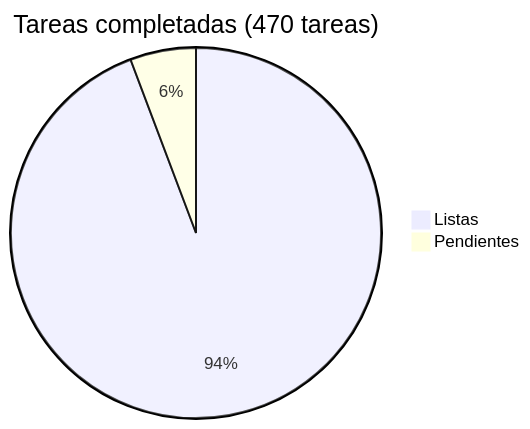
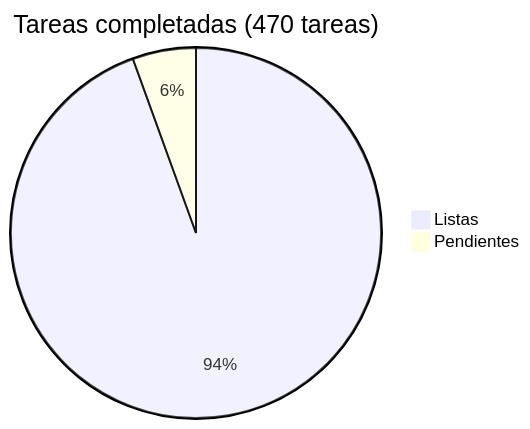
The diagram in docs/roadmap/README.md (araguaney-lat/araguaney), drawn with Mermaid before and after one commit. The commit also changed other lines of this file and 8 other files, not shown here.

````diff
--- a/docs/roadmap/README.md
+++ b/docs/roadmap/README.md
@@ -5,5 +5,5 @@
 ```mermaid
 pie title Tareas completadas (470 tareas)
-    "Listas" : 443
-    "Pendientes" : 27
+    "Listas" : 444
+    "Pendientes" : 26
 ```
````
